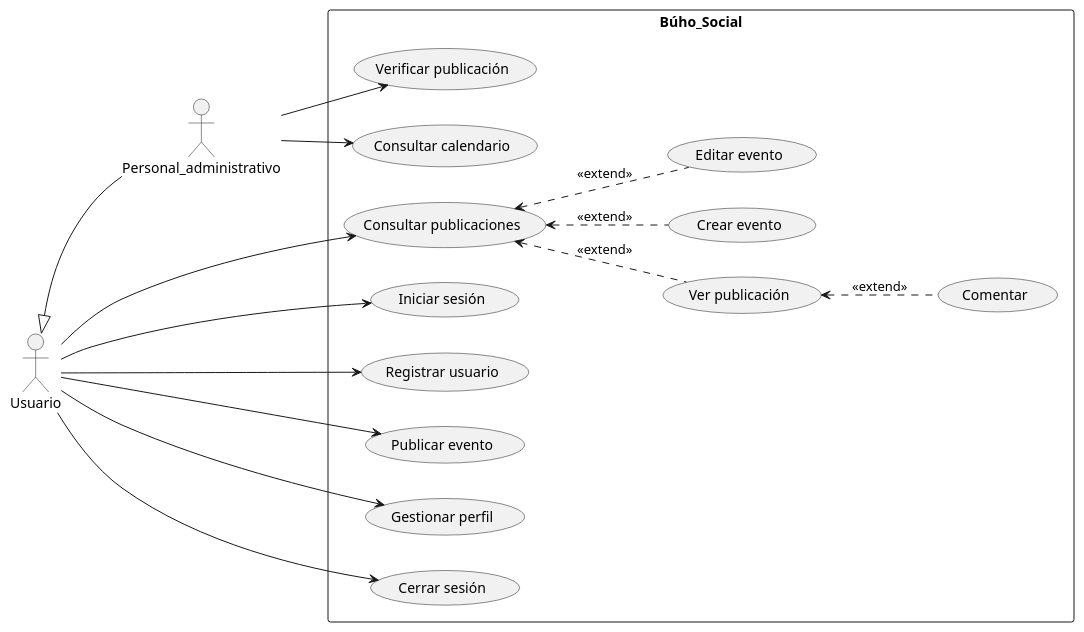
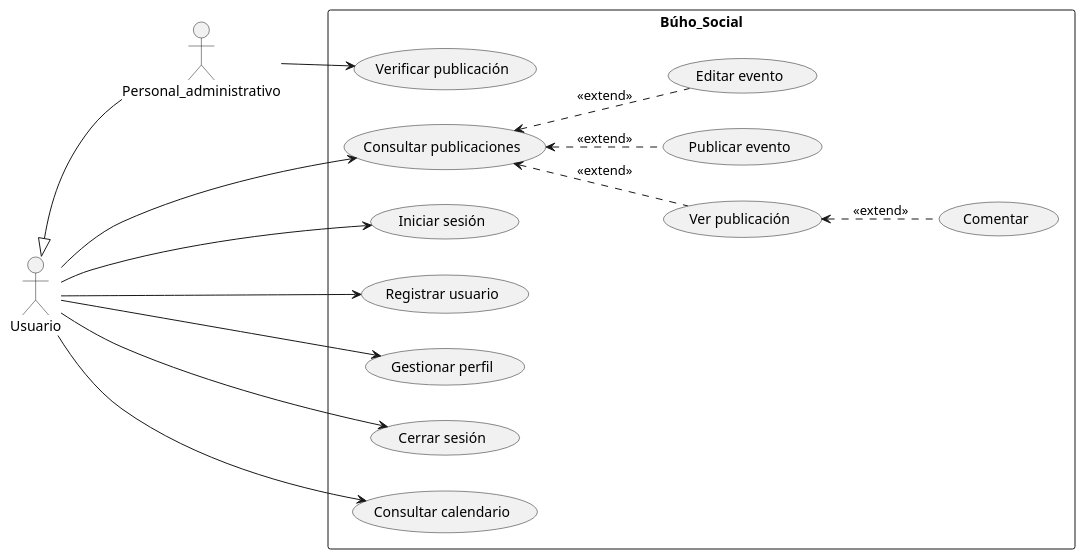
The diagram in docs/scenariosView/Diagrama casos de uso.puml (Dayannis-07/ING_SOFT), drawn with PlantUML before and after one commit.

Commit message:
Diagrama de casos de uso

```diff
--- a/docs/scenariosView/Diagrama casos de uso.puml
+++ b/docs/scenariosView/Diagrama casos de uso.puml
@@ -1,43 +1,42 @@
 @startuml Diagrama de casos de uso
 actor Personal_administrativo as admin
 actor Usuario as user
 left to right direction
 user <|-- admin
 
 rectangle Búho_Social{
     usecase "Iniciar sesión" as UC1
     usecase "Registrar usuario" as UC2
     usecase "Consultar publicaciones" as UC3
-    usecase "Crear evento" as UC4
+    usecase "Publicar evento" as UC4
     usecase "Ver publicación" as UC5
     usecase "Comentar" as UC6
     usecase "Editar evento" as UC7
-    usecase "Publicar evento" as UC8
-    usecase "Gestionar perfil" as UC9
-    usecase "Cerrar sesión" as UC10
-    usecase "Verificar publicación" as UC11
-    usecase "Consultar calendario" as UC12
+    usecase "Gestionar perfil" as UC8
+    usecase "Cerrar sesión" as UC9
+    usecase "Verificar publicación" as UC10
+    usecase "Consultar calendario" as UC11
 }
-admin -->UC11
-admin -->UC12
+admin -->UC10
+user -->UC11
+
 user-->UC8
-user-->UC9
 UC7 .u.>UC3 :<<extend>>
 UC4 .u.>UC3 :<<extend>>
 UC5 .u.>UC3 :<<extend>>
 UC6 .u.>UC5 :<<extend>>
-user-down->UC10
+user-down->UC9
 user-->UC1
 user-->UC2
 user-->UC3
 
 
 
 
 
 
 
 
 
 
 @enduml
```
